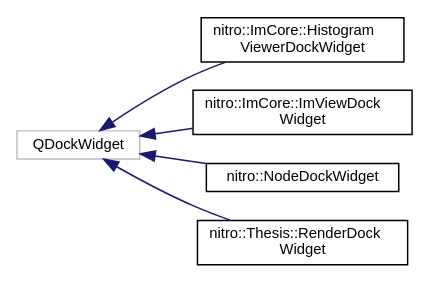
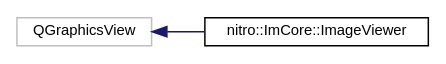
Before and after one commit to BugelNiels/nitro: the diagram in inherit_graph_4.dot, drawn with Graphviz. The commit also changed 458 other files, not shown here.

```diff
--- a/inherit_graph_4.dot
+++ b/inherit_graph_4.dot
@@ -1,16 +1,10 @@
 digraph "Graphical Class Hierarchy"
 {
  // LATEX_PDF_SIZE
   edge [fontname="Helvetica",fontsize="10",labelfontname="Helvetica",labelfontsize="10"];
   node [fontname="Helvetica",fontsize="10",shape=record];
   rankdir="LR";
-  Node79 [label="QDockWidget",height=0.2,width=0.4,color="grey75", fillcolor="white", style="filled",tooltip=" "];
-  Node79 -> Node0 [dir="back",color="midnightblue",fontsize="10",style="solid",fontname="Helvetica"];
-  Node0 [label="nitro::ImCore::Histogram\lViewerDockWidget",height=0.2,width=0.4,color="black", fillcolor="white", style="filled",URL="$d7/dc4/classnitro_1_1ImCore_1_1HistogramViewerDockWidget.html",tooltip=" "];
-  Node79 -> Node81 [dir="back",color="midnightblue",fontsize="10",style="solid",fontname="Helvetica"];
-  Node81 [label="nitro::ImCore::ImViewDock\lWidget",height=0.2,width=0.4,color="black", fillcolor="white", style="filled",URL="$d8/d91/classnitro_1_1ImCore_1_1ImViewDockWidget.html",tooltip=" "];
-  Node79 -> Node82 [dir="back",color="midnightblue",fontsize="10",style="solid",fontname="Helvetica"];
-  Node82 [label="nitro::NodeDockWidget",height=0.2,width=0.4,color="black", fillcolor="white", style="filled",URL="$de/db3/classnitro_1_1NodeDockWidget.html",tooltip="A dock widget used for the node editor view."];
-  Node79 -> Node83 [dir="back",color="midnightblue",fontsize="10",style="solid",fontname="Helvetica"];
-  Node83 [label="nitro::Thesis::RenderDock\lWidget",height=0.2,width=0.4,color="black", fillcolor="white", style="filled",URL="$d7/d2b/classnitro_1_1Thesis_1_1RenderDockWidget.html",tooltip=" "];
+  Node85 [label="QGraphicsView",height=0.2,width=0.4,color="grey75", fillcolor="white", style="filled",tooltip=" "];
+  Node85 -> Node0 [dir="back",color="midnightblue",fontsize="10",style="solid",fontname="Helvetica"];
+  Node0 [label="nitro::ImCore::ImageViewer",height=0.2,width=0.4,color="black", fillcolor="white", style="filled",URL="$df/dc9/classnitro_1_1ImCore_1_1ImageViewer.html",tooltip=" "];
 }
```
